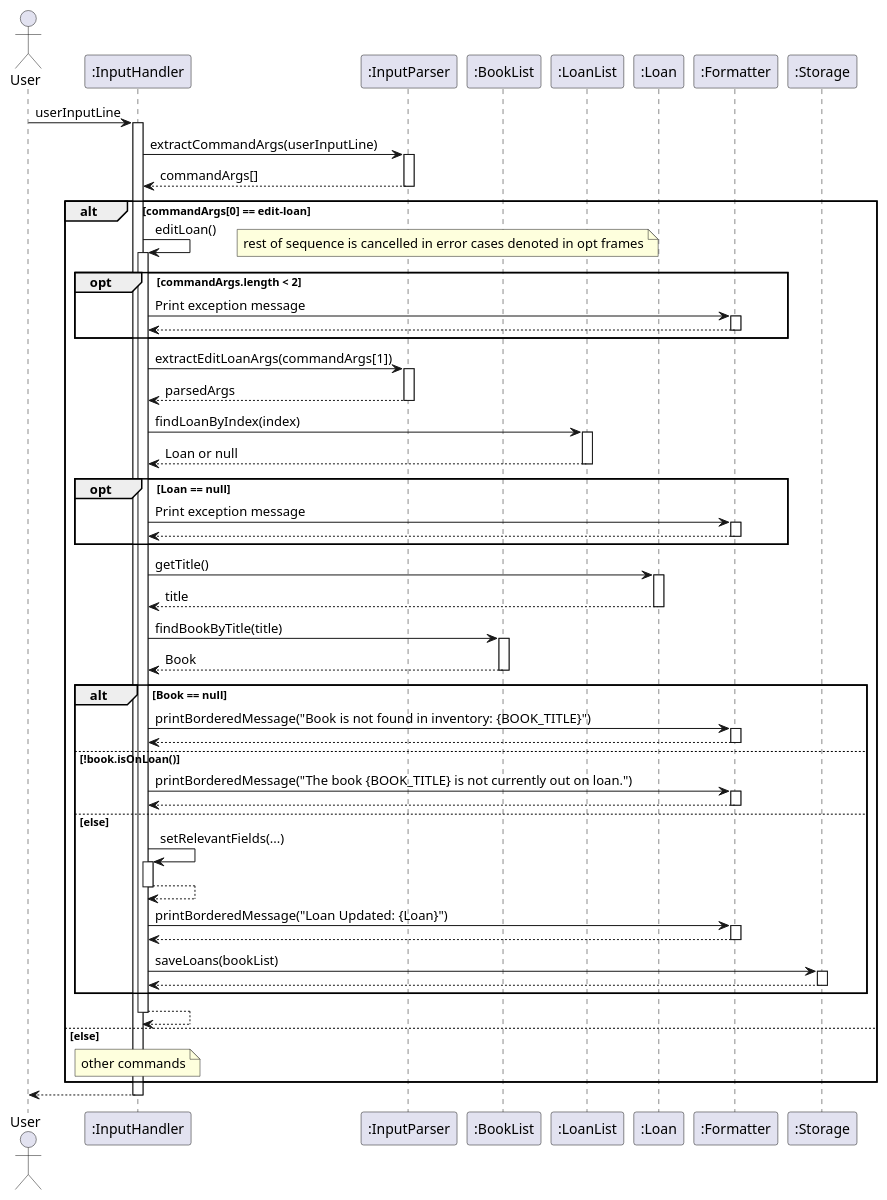
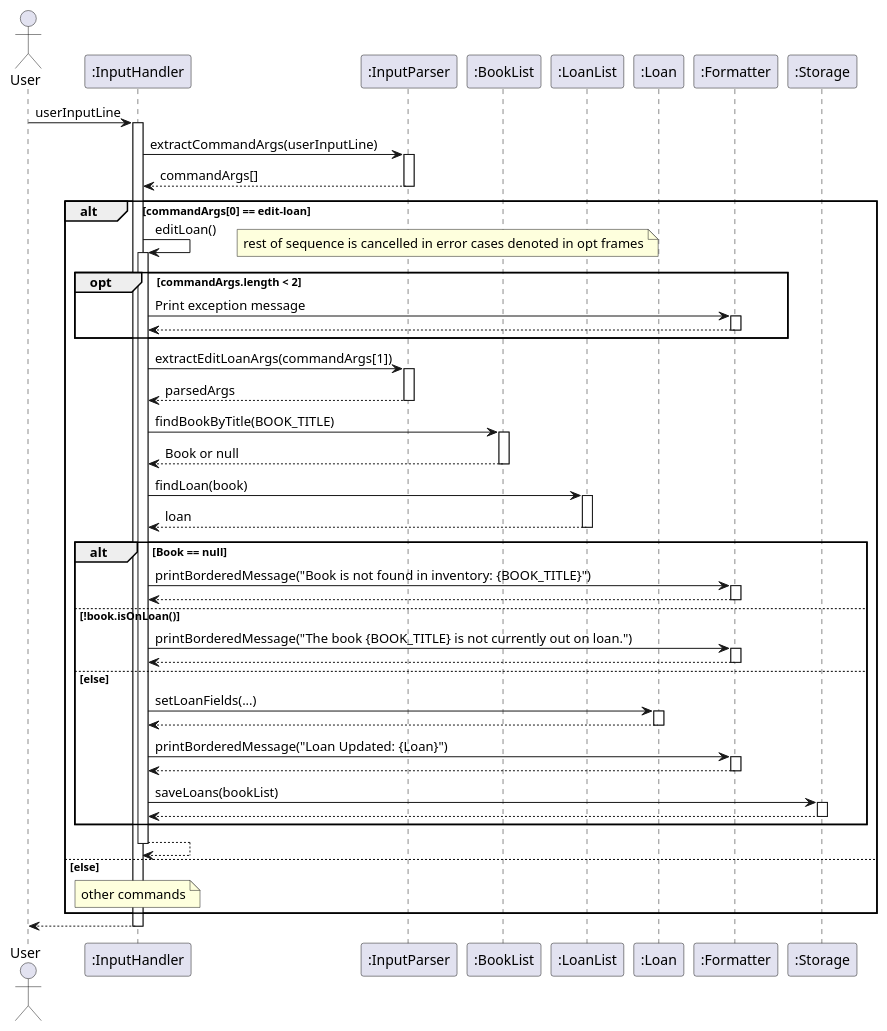
One commit to AY2425S2-CS2113-T12-2/tp changed the diagram in docs/diagrams/editLoan.puml. Above: the diagram before and after it, drawn with PlantUML. The commit also changed 8 other files, not shown here.

```diff
--- a/docs/diagrams/editLoan.puml
+++ b/docs/diagrams/editLoan.puml
@@ -1,103 +1,93 @@
 @startuml
 actor User
 participant InputHandler as ":InputHandler"
 participant InputParser as ":InputParser"
 participant BookList as ":BookList"
 participant LoanList as ":LoanList"
 participant Loan as ":Loan"
 participant Formatter as ":Formatter"
 participant Storage as ":Storage"
 
 User -> InputHandler: userInputLine
 activate InputHandler
 
 InputHandler -> InputParser: extractCommandArgs(userInputLine)
 activate InputParser
 
 InputParser --> InputHandler: commandArgs[]
 deactivate InputParser
 
 alt commandArgs[0] == edit-loan
     InputHandler -> InputHandler : editLoan()
     activate InputHandler
 
     opt commandArgs.length < 2
         note right
         rest of sequence is cancelled in error cases denoted in opt frames
         end note
         InputHandler -> Formatter: Print exception message
         activate Formatter
         Formatter --> InputHandler
         deactivate Formatter
     end
+
     InputHandler -> InputParser: extractEditLoanArgs(commandArgs[1])
     activate InputParser
 
     InputParser --> InputHandler: parsedArgs
     deactivate InputParser
 
-    InputHandler -> LoanList: findLoanByIndex(index)
+    InputHandler -> BookList: findBookByTitle(BOOK_TITLE)
+    activate BookList
+
+    BookList --> InputHandler: Book or null
+    deactivate BookList
+
+    InputHandler -> LoanList: findLoan(book)
     activate LoanList
 
-    LoanList --> InputHandler: Loan or null
+    LoanList --> InputHandler: loan
     deactivate LoanList
-    opt Loan == null
-    InputHandler -> Formatter: Print exception message
-    activate Formatter
-    Formatter --> InputHandler
-    deactivate Formatter
-    end
-    InputHandler -> Loan: getTitle()
-    activate Loan
-
-    Loan --> InputHandler: title
-    deactivate Loan
-
-    InputHandler -> BookList: findBookByTitle(title)
-    activate BookList
-
-    BookList --> InputHandler: Book
-    deactivate BookList
 
         alt Book == null
             InputHandler -> Formatter: printBorderedMessage("Book is not found in inventory: {BOOK_TITLE}")
             activate Formatter
             Formatter --> InputHandler
             deactivate Formatter
         
         else !book.isOnLoan()
             InputHandler -> Formatter: printBorderedMessage("The book {BOOK_TITLE} is not currently out on loan.")
             activate Formatter
             Formatter --> InputHandler
             deactivate Formatter
         
         else else
-            InputHandler -> InputHandler : setRelevantFields(...)
-            activate InputHandler
-            InputHandler --> InputHandler
-            deactivate InputHandler       
+            InputHandler -> Loan : setLoanFields(...)
+            activate Loan
+            Loan --> InputHandler
+            deactivate Loan       
 
             InputHandler -> Formatter: printBorderedMessage("Loan Updated: {Loan}")
             activate Formatter
             Formatter --> InputHandler
             deactivate Formatter
 
             InputHandler -> Storage: saveLoans(bookList)
             activate Storage
             Storage --> InputHandler
             deactivate Storage
 
         end
 
 
 InputHandler --> InputHandler
 deactivate InputHandler
 
 else else
     note over InputHandler : other commands
 end
 
 
 InputHandler --> User
 deactivate InputHandler
 @enduml
```
